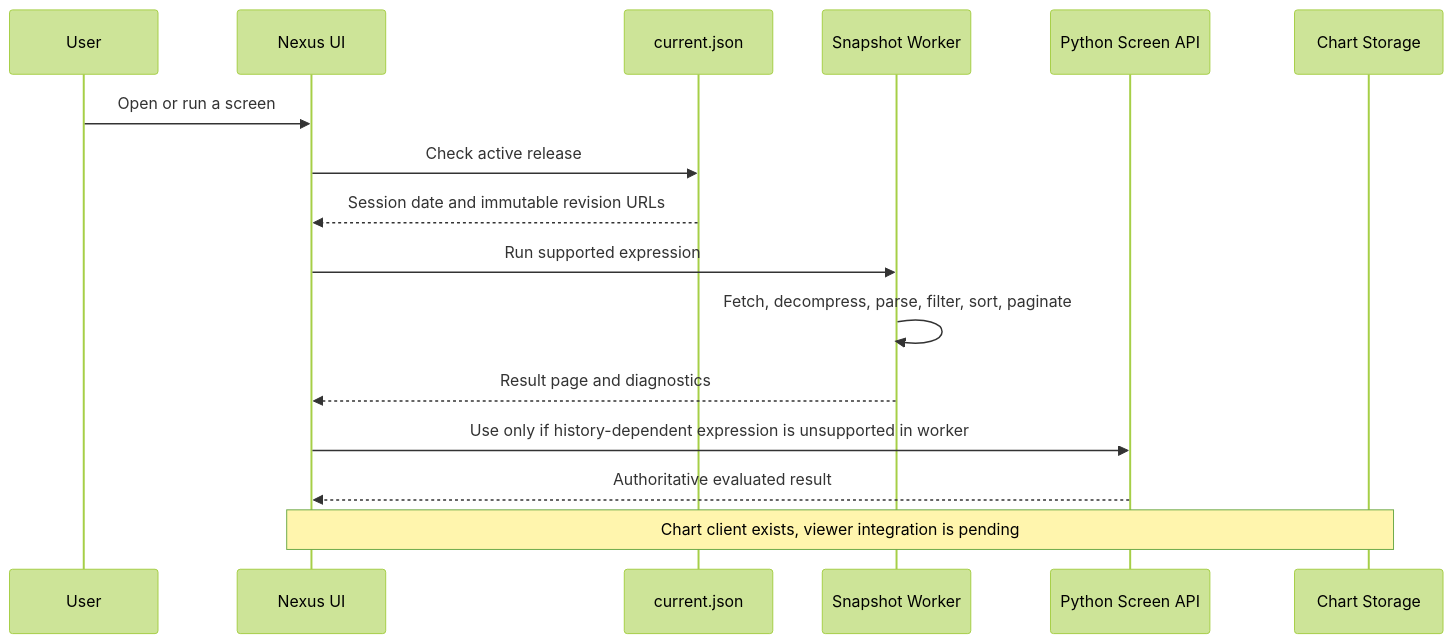
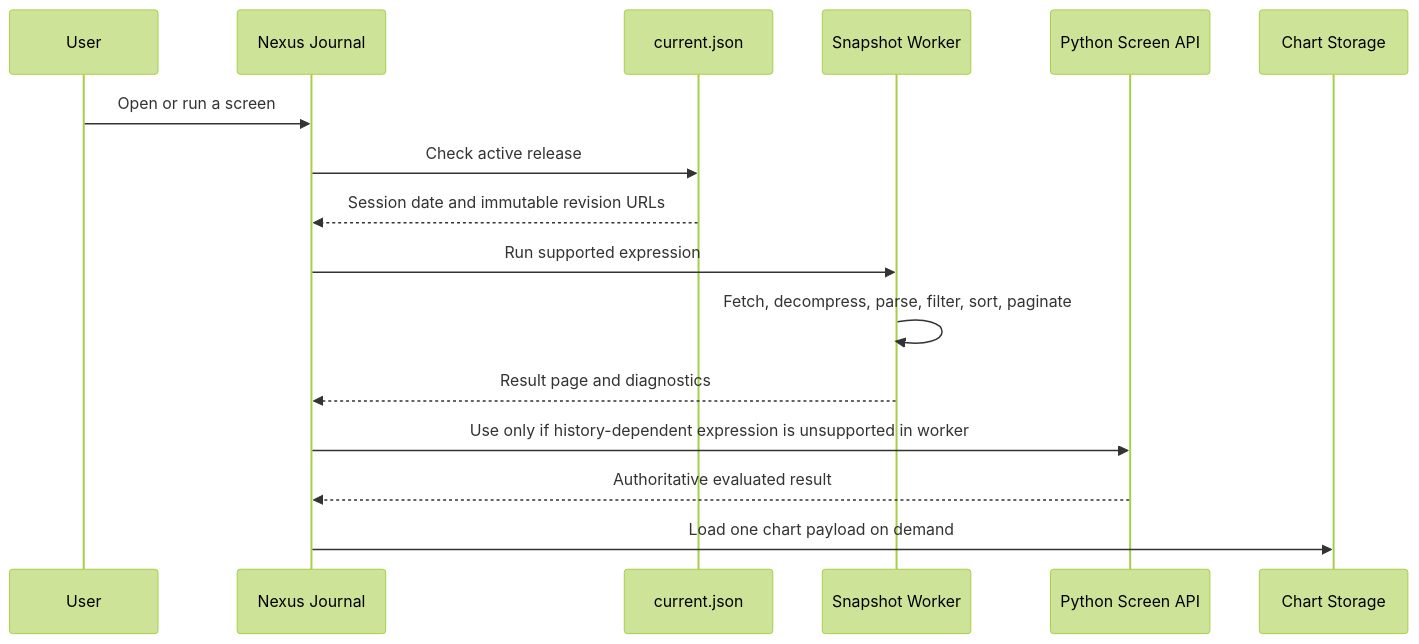
Before and after one commit to Anny26022/nexus-scanner: the first of 2 diagrams in README.md, drawn with Mermaid (forest theme). The commit also changed other lines of this file and 2 other files, not shown here.

````diff
--- a/README.md
+++ b/README.md
@@ -288,19 +252,19 @@
 ```mermaid
 sequenceDiagram
   participant U as User
-  participant UI as Nexus UI
+  participant UI as Nexus Journal
   participant M as current.json
   participant W as Snapshot Worker
   participant API as Python Screen API
   participant R2 as Chart Storage
 
   U->>UI: Open or run a screen
   UI->>M: Check active release
   M-->>UI: Session date and immutable revision URLs
   UI->>W: Run supported expression
   W->>W: Fetch, decompress, parse, filter, sort, paginate
   W-->>UI: Result page and diagnostics
   UI->>API: Use only if history-dependent expression is unsupported in worker
   API-->>UI: Authoritative evaluated result
-  Note over UI,R2: Chart client exists, viewer integration is pending
+  UI->>R2: Load one chart payload on demand
 ```
````
